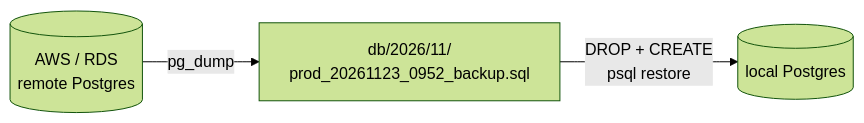
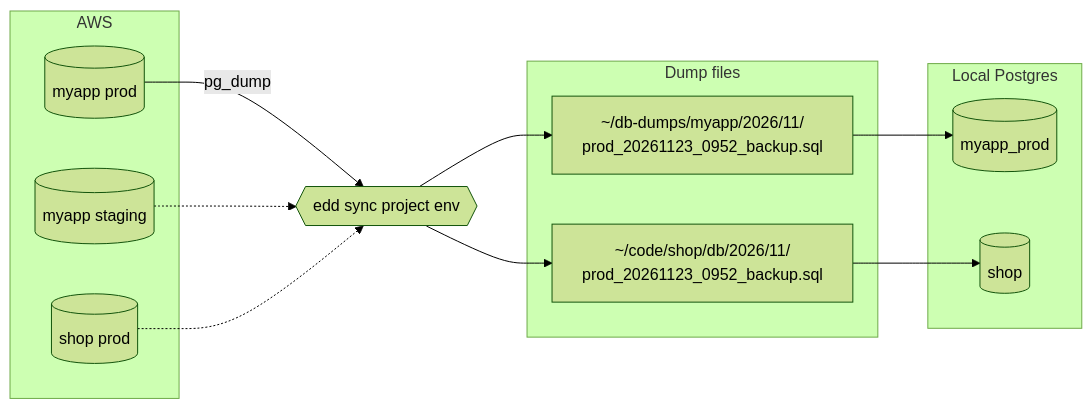
One commit to poacosta/easy-db-dump changed the first of 2 diagrams in README.md. Above: the diagram before and after it, drawn with Mermaid (forest theme). The commit also changed other lines of this file and 10 other files, not shown here.

````diff
--- a/README.md
+++ b/README.md
@@ -8,5 +10,22 @@
 ```mermaid
 flowchart LR
-    rds[("AWS / RDS<br/>remote Postgres")] -- pg_dump --> file["db/2026/11/<br/>prod_20261123_0952_backup.sql"]
-    file -- "DROP + CREATE<br/>psql restore" --> local[("local Postgres")]
+    subgraph AWS
+        a[("myapp prod")]
+        b[("myapp staging")]
+        c[("shop prod")]
+    end
+    edd{{"edd sync project env"}}
+    subgraph dumps["Dump files"]
+        da["~/db-dumps/myapp/2026/11/<br/>prod_20261123_0952_backup.sql"]
+        dc["~/code/shop/db/2026/11/<br/>prod_20261123_0952_backup.sql"]
+    end
+    subgraph local["Local Postgres"]
+        la[("myapp_prod")]
+        lc[("shop")]
+    end
+    a -- pg_dump --> edd
+    b -.-> edd
+    c -.-> edd
+    edd --> da --> la
+    edd --> dc --> lc
 ```
````
